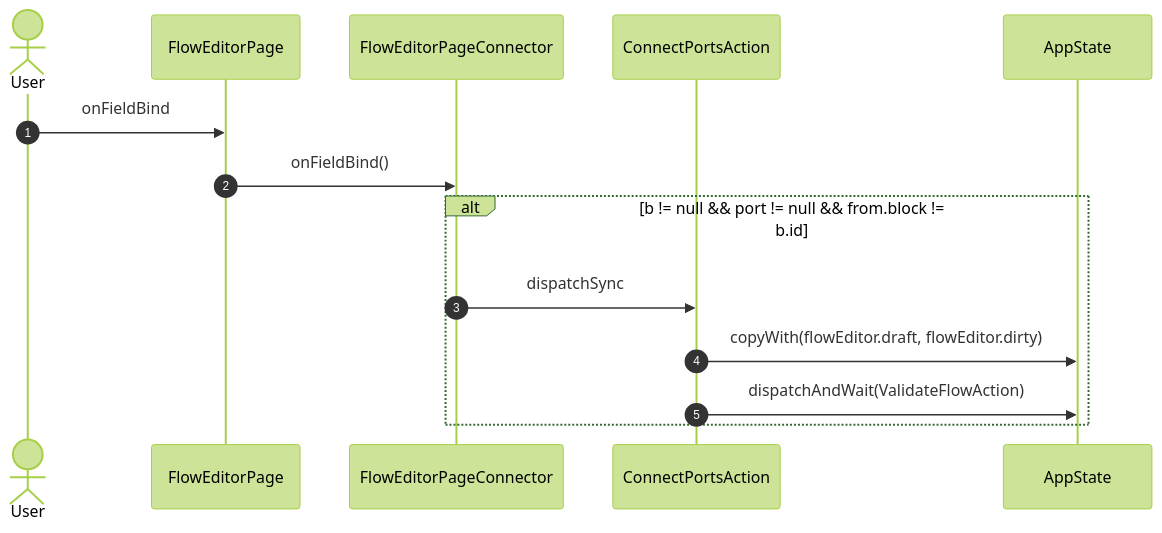
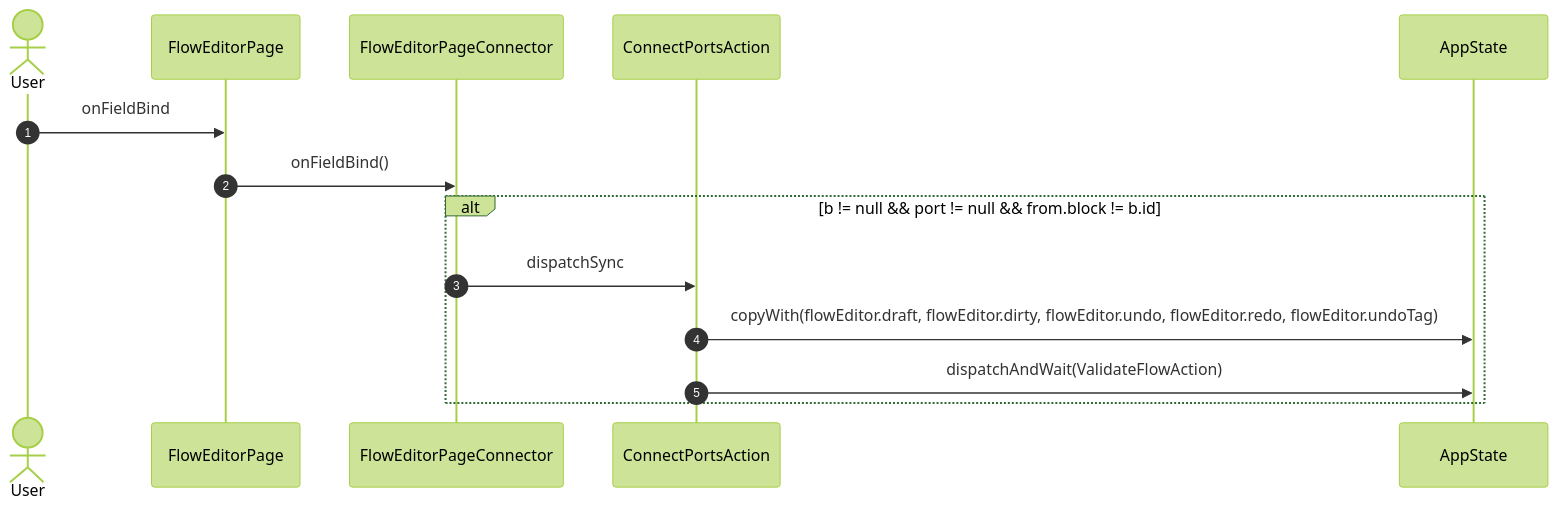
One commit to gencto/wyrm changed diagram 26 of 30 in studio/docs/flows/flowEditor.md. Above: the diagram before and after it, drawn with Mermaid (forest theme). The commit also changed other lines of this file and 82 other files, not shown here.

First line of the commit message:
studio: pins, selection, clipboard, undo and shortcuts on the flow canvas

````diff
--- a/studio/docs/flows/flowEditor.md
+++ b/studio/docs/flows/flowEditor.md
@@ -392,17 +544,17 @@
 ```mermaid
 sequenceDiagram
     autonumber
     actor User
     participant UI as FlowEditorPage
     participant VM as FlowEditorPageConnector
     participant A1 as ConnectPortsAction
     participant ST as AppState
 
     User->>UI: onFieldBind
     UI->>VM: onFieldBind()
     alt b != null && port != null && from.block != b.id
         VM->>A1: dispatchSync
-        A1->>ST: copyWith(flowEditor.draft, flowEditor.dirty)
+        A1->>ST: copyWith(flowEditor.draft, flowEditor.dirty, flowEditor.undo, flowEditor.redo, flowEditor.undoTag)
         A1->>ST: dispatchAndWait(ValidateFlowAction)
     end
 ```
````
